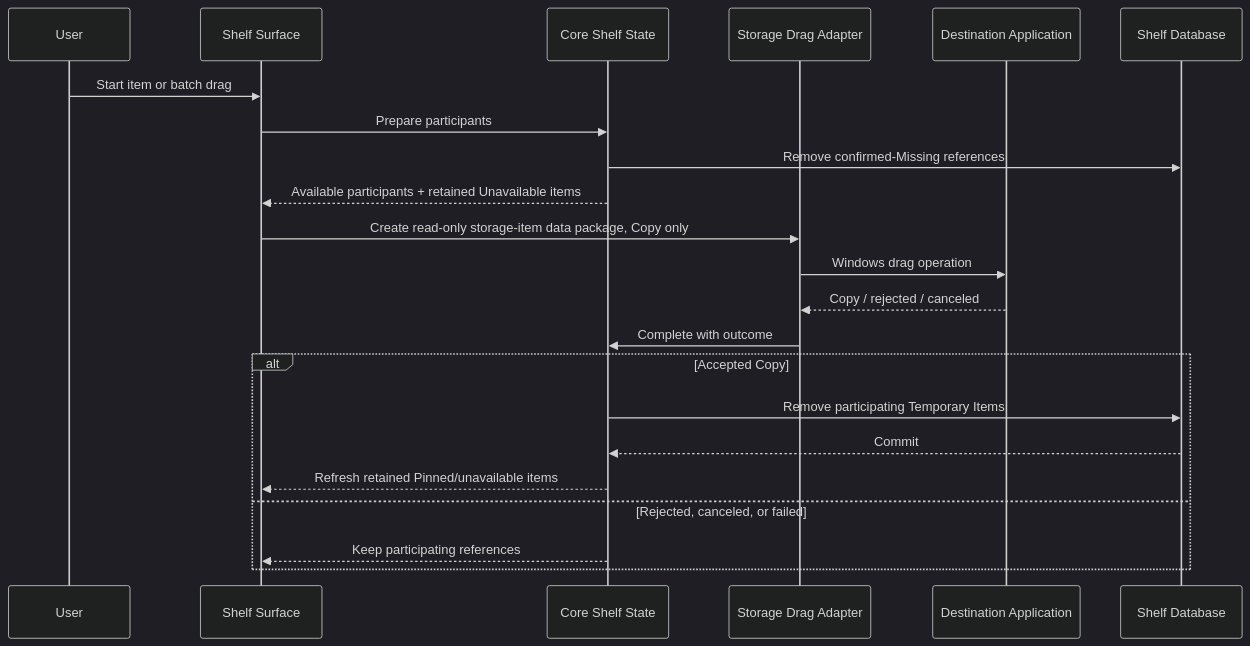
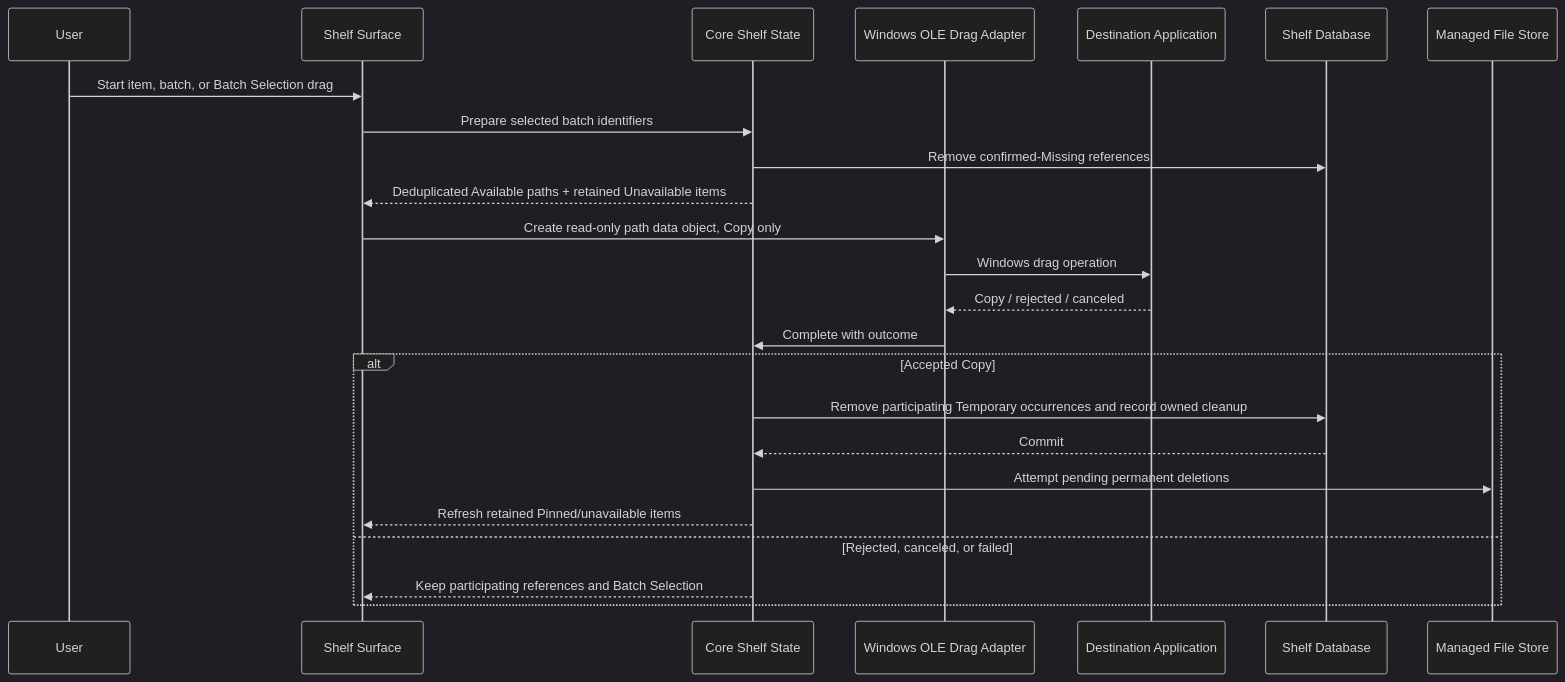
One commit to HungNth/DropCove changed the eighth of 9 diagrams in docs/ARCHITECTURE.md. Above: the diagram before and after it, drawn with Mermaid (dark theme). The commit also changed other lines of this file and 31 other files, not shown here.

````diff
--- a/docs/ARCHITECTURE.md
+++ b/docs/ARCHITECTURE.md
@@ -286,25 +337,27 @@
 ```mermaid
 sequenceDiagram
     participant User
     participant Surface as Shelf Surface
     participant State as Core Shelf State
-    participant Adapter as Storage Drag Adapter
+    participant Adapter as Windows OLE Drag Adapter
     participant Target as Destination Application
     participant DB as Shelf Database
+    participant Files as Managed File Store
 
-    User->>Surface: Start item or batch drag
-    Surface->>State: Prepare participants
+    User->>Surface: Start item, batch, or Batch Selection drag
+    Surface->>State: Prepare selected batch identifiers
     State->>DB: Remove confirmed-Missing references
-    State-->>Surface: Available participants + retained Unavailable items
-    Surface->>Adapter: Create read-only storage-item data package, Copy only
+    State-->>Surface: Deduplicated Available paths + retained Unavailable items
+    Surface->>Adapter: Create read-only path data object, Copy only
     Adapter->>Target: Windows drag operation
     Target-->>Adapter: Copy / rejected / canceled
     Adapter->>State: Complete with outcome
     alt Accepted Copy
-        State->>DB: Remove participating Temporary Items
+        State->>DB: Remove participating Temporary occurrences and record owned cleanup
         DB-->>State: Commit
+        State->>Files: Attempt pending permanent deletions
         State-->>Surface: Refresh retained Pinned/unavailable items
     else Rejected, canceled, or failed
-        State-->>Surface: Keep participating references
+        State-->>Surface: Keep participating references and Batch Selection
     end
 ```
````
